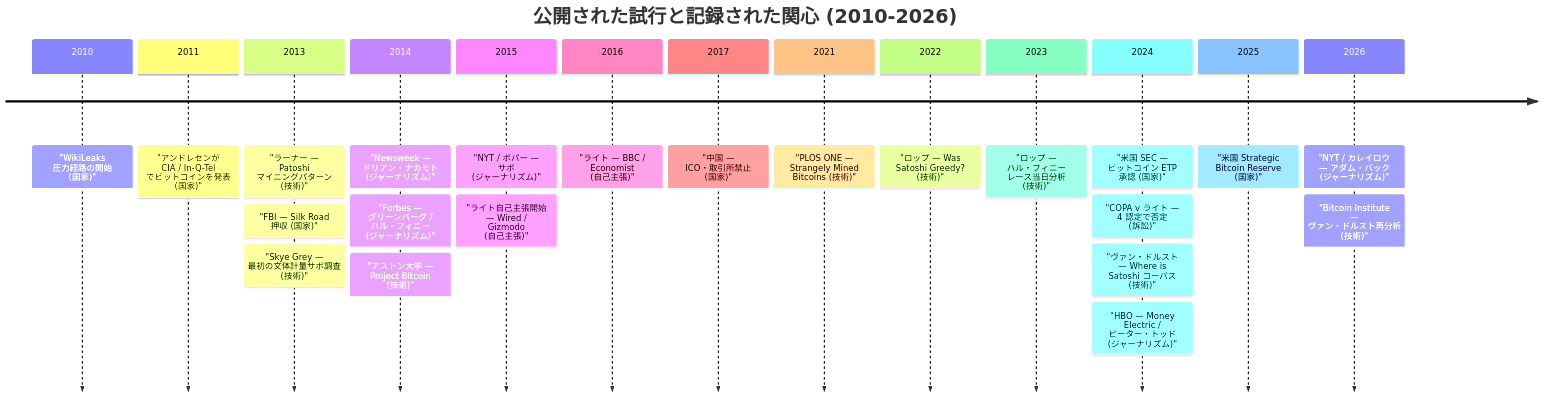
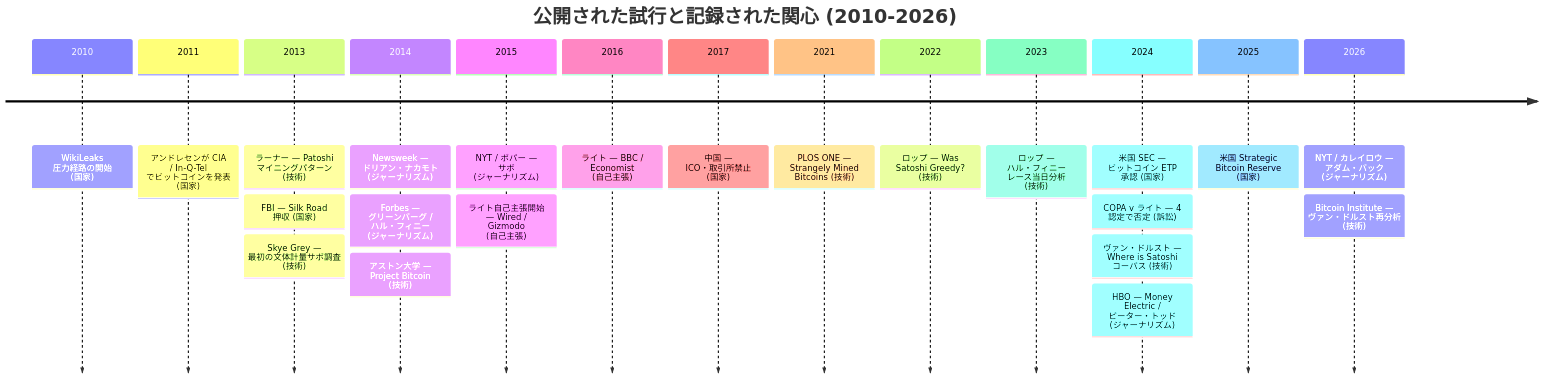
The diagram in src/data/translations/ja/analysis/2008-10-31-satoshi-identification-asymmetry.md (cypher256/BitcoinArchive), drawn with Mermaid before and after one commit. The commit also changed 12 other files, not shown here.

First line of the commit message:
Mermaid timelines: drop literal double-quotes around event text

````diff
--- a/src/data/translations/ja/analysis/2008-10-31-satoshi-identification-asymmetry.md
+++ b/src/data/translations/ja/analysis/2008-10-31-satoshi-identification-asymmetry.md
@@ -100,26 +100,26 @@
 ```mermaid
 timeline
     title 公開された試行と記録された関心 (2010-2026)
-    2010 : "WikiLeaks 圧力経路の開始 (国家)"
-    2011 : "アンドレセンが CIA / In-Q-Tel でビットコインを発表 (国家)"
-    2013 : "ラーナー — Patoshi マイニングパターン (技術)"
-         : "FBI — Silk Road 押収 (国家)"
-         : "Skye Grey — 最初の文体計量サボ調査 (技術)"
-    2014 : "Newsweek — ドリアン・ナカモト (ジャーナリズム)"
-         : "Forbes — グリーンバーグ / ハル・フィニー (ジャーナリズム)"
-         : "アストン大学 — Project Bitcoin (技術)"
-    2015 : "NYT / ポパー — サボ (ジャーナリズム)"
-         : "ライト自己主張開始 — Wired / Gizmodo (自己主張)"
-    2016 : "ライト — BBC / Economist (自己主張)"
-    2017 : "中国 — ICO・取引所禁止 (国家)"
-    2021 : "PLOS ONE — Strangely Mined Bitcoins (技術)"
-    2022 : "ロップ — Was Satoshi Greedy? (技術)"
-    2023 : "ロップ — ハル・フィニー レース当日分析 (技術)"
-    2024 : "米国 SEC — ビットコイン ETP 承認 (国家)"
-         : "COPA v ライト — 4 認定で否定 (訴訟)"
-         : "ヴァン・ドルスト — Where is Satoshi コーパス (技術)"
-         : "HBO — Money Electric / ピーター・トッド (ジャーナリズム)"
-    2025 : "米国 Strategic Bitcoin Reserve (国家)"
-    2026 : "NYT / カレイロウ — アダム・バック (ジャーナリズム)"
-         : "Bitcoin Institute — ヴァン・ドルスト再分析 (技術)"
+    2010 : WikiLeaks 圧力経路の開始 (国家)
+    2011 : アンドレセンが CIA / In-Q-Tel でビットコインを発表 (国家)
+    2013 : ラーナー — Patoshi マイニングパターン (技術)
+         : FBI — Silk Road 押収 (国家)
+         : Skye Grey — 最初の文体計量サボ調査 (技術)
+    2014 : Newsweek — ドリアン・ナカモト (ジャーナリズム)
+         : Forbes — グリーンバーグ / ハル・フィニー (ジャーナリズム)
+         : アストン大学 — Project Bitcoin (技術)
+    2015 : NYT / ポパー — サボ (ジャーナリズム)
+         : ライト自己主張開始 — Wired / Gizmodo (自己主張)
+    2016 : ライト — BBC / Economist (自己主張)
+    2017 : 中国 — ICO・取引所禁止 (国家)
+    2021 : PLOS ONE — Strangely Mined Bitcoins (技術)
+    2022 : ロップ — Was Satoshi Greedy? (技術)
+    2023 : ロップ — ハル・フィニー レース当日分析 (技術)
+    2024 : 米国 SEC — ビットコイン ETP 承認 (国家)
+         : COPA v ライト — 4 認定で否定 (訴訟)
+         : ヴァン・ドルスト — Where is Satoshi コーパス (技術)
+         : HBO — Money Electric / ピーター・トッド (ジャーナリズム)
+    2025 : 米国 Strategic Bitcoin Reserve (国家)
+    2026 : NYT / カレイロウ — アダム・バック (ジャーナリズム)
+         : Bitcoin Institute — ヴァン・ドルスト再分析 (技術)
 ```
````
